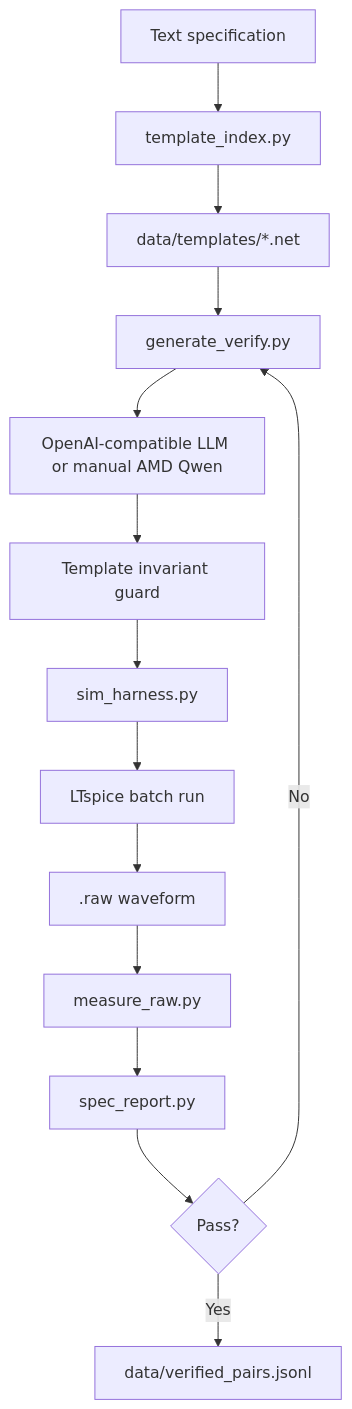
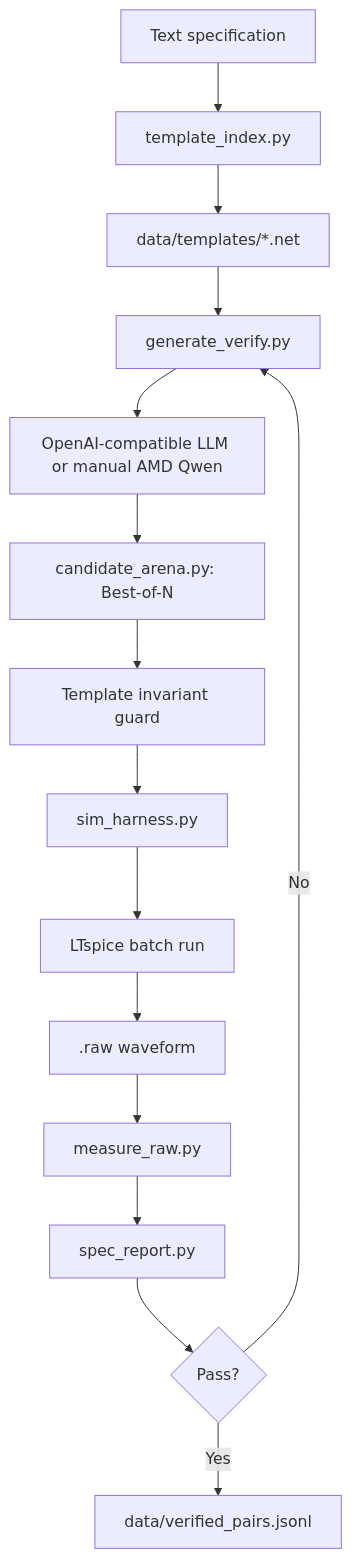
Before and after one commit to Aakash356A/Spice_Wizard: the diagram in docs/ARCHITECTURE.md, drawn with Mermaid. The commit also changed other lines of this file and 17 other files, not shown here.

````diff
--- a/docs/ARCHITECTURE.md
+++ b/docs/ARCHITECTURE.md
@@ -7,16 +7,17 @@
 ```mermaid
 flowchart TD
     Spec[Text specification] --> Index[template_index.py]
     Index --> Template[data/templates/*.net]
     Template --> Prompt[generate_verify.py]
     Prompt --> LLM[OpenAI-compatible LLM or manual AMD Qwen]
-    LLM --> Guard[Template invariant guard]
+    LLM --> Arena[candidate_arena.py: Best-of-N]
+    Arena --> Guard[Template invariant guard]
     Guard --> Simulator[sim_harness.py]
     Simulator --> LTspice[LTspice batch run]
     LTspice --> Raw[.raw waveform]
     Raw --> Metrics[measure_raw.py]
     Metrics --> Report[spec_report.py]
     Report --> Decision{Pass?}
     Decision -->|No| Prompt
     Decision -->|Yes| Pairs[data/verified_pairs.jsonl]
 ```
````
